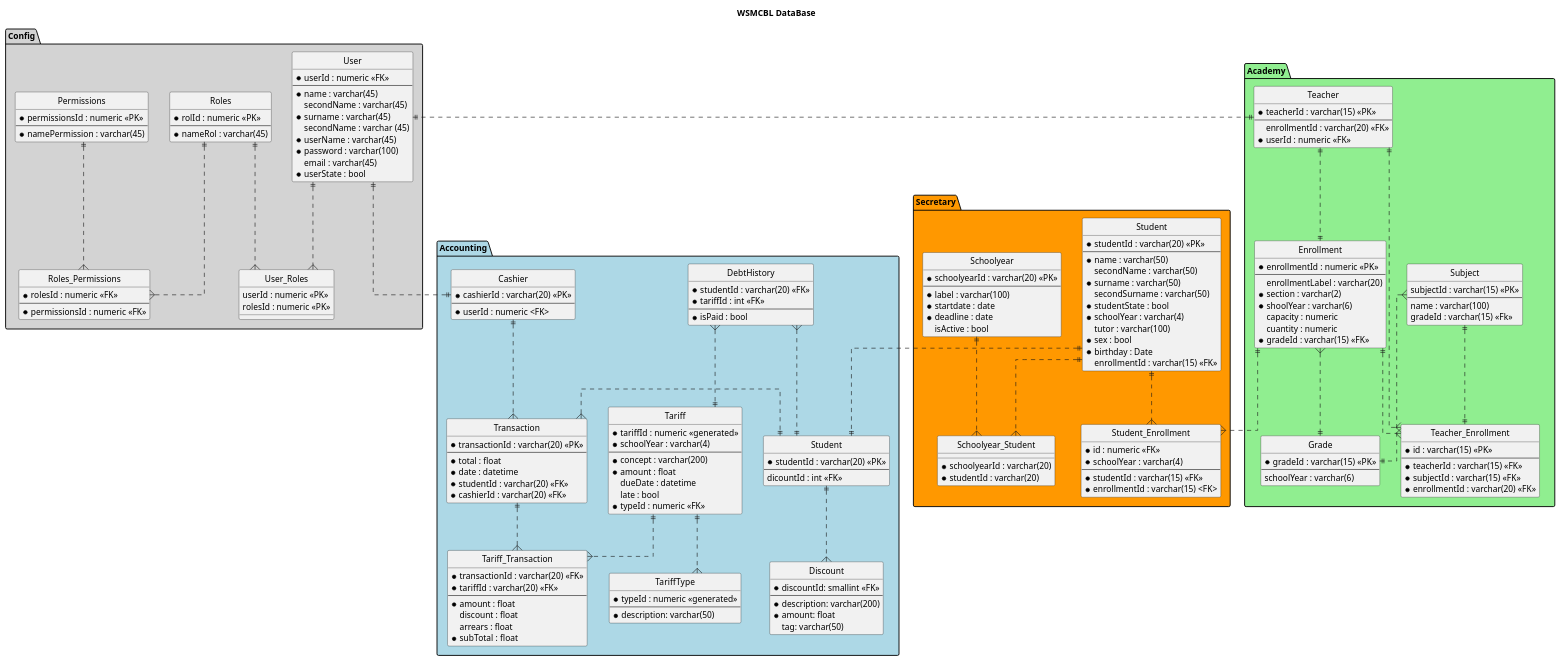
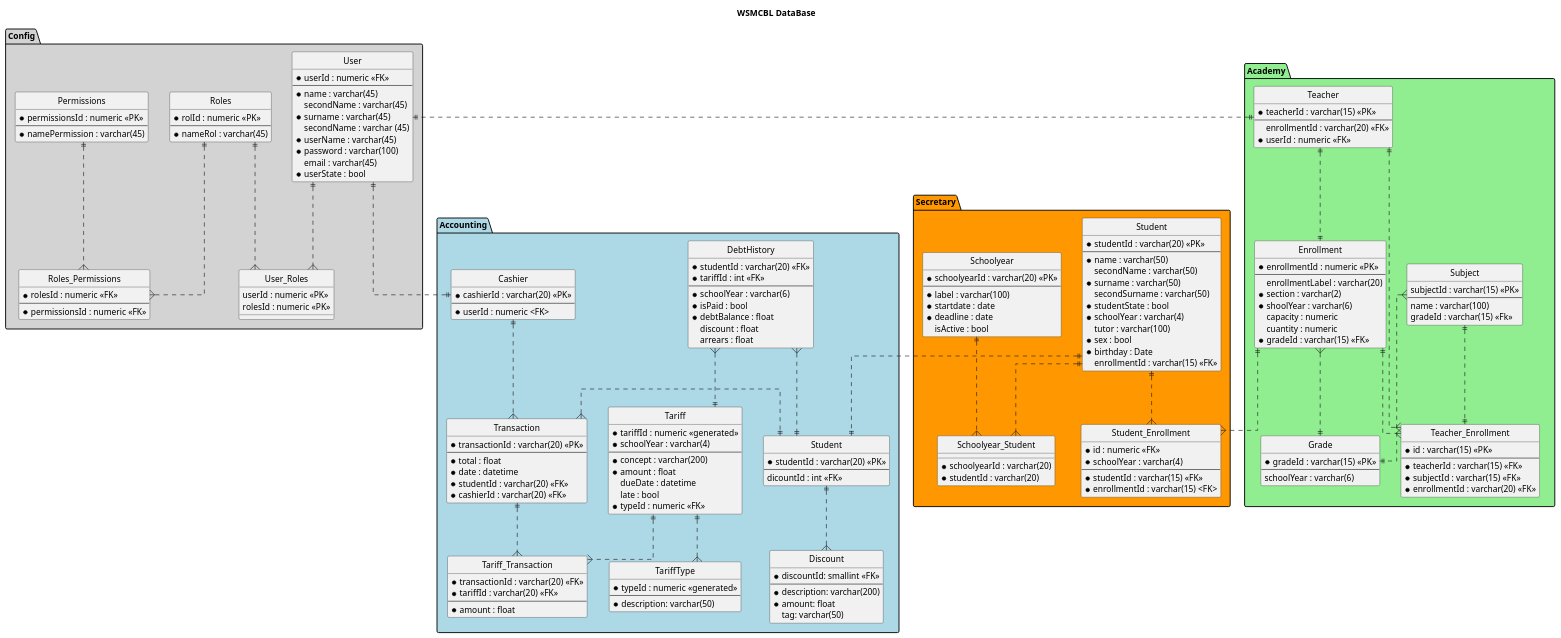
Before and after one commit to wsmcbl/wsmcbl.doc: the diagram in DesignView/database.puml, drawn with PlantUML. The commit also changed 1 other file, not shown here.

```diff
--- a/DesignView/database.puml
+++ b/DesignView/database.puml
@@ -137,9 +137,6 @@
         * tariffId : varchar(20) <<FK>>
         --
         * amount : float
-        discount : float
-        arrears : float
-        * subTotal : float
     }
 
     entity Transaction
@@ -173,7 +170,11 @@
         * studentId : varchar(20) <<FK>>
         * tariffId : int <<FK>>
         --
+        * schoolYear : varchar(6)
         * isPaid : bool
+        * debtBalance : float
+        discount : float
+        arrears : float
     }
 
     Cashier ||..{Transaction
```
